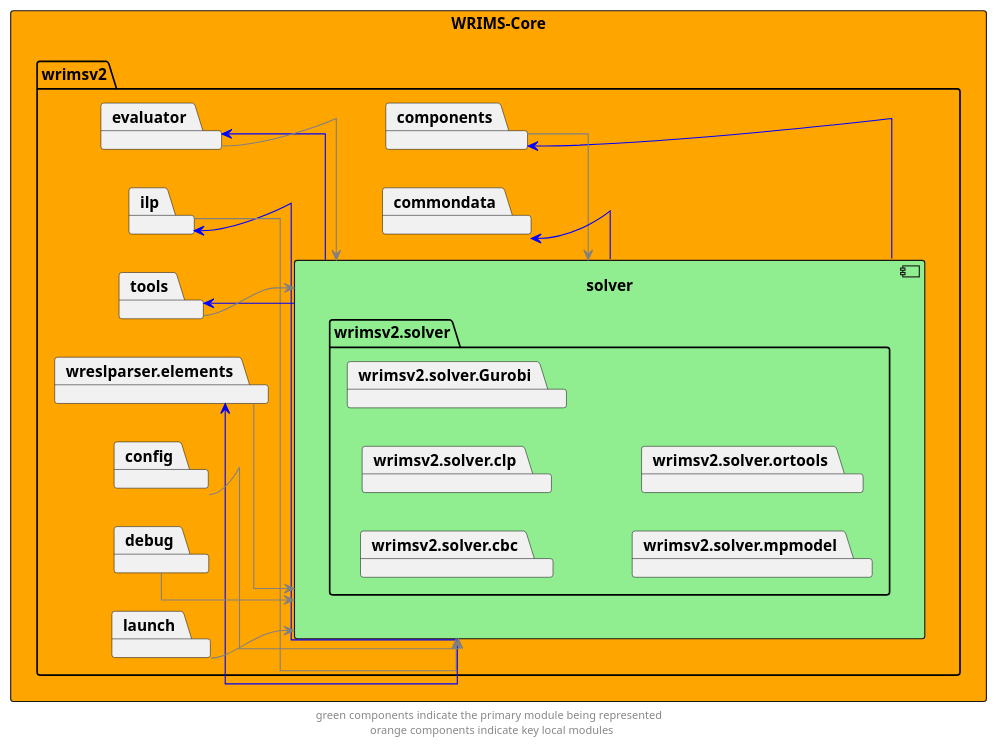
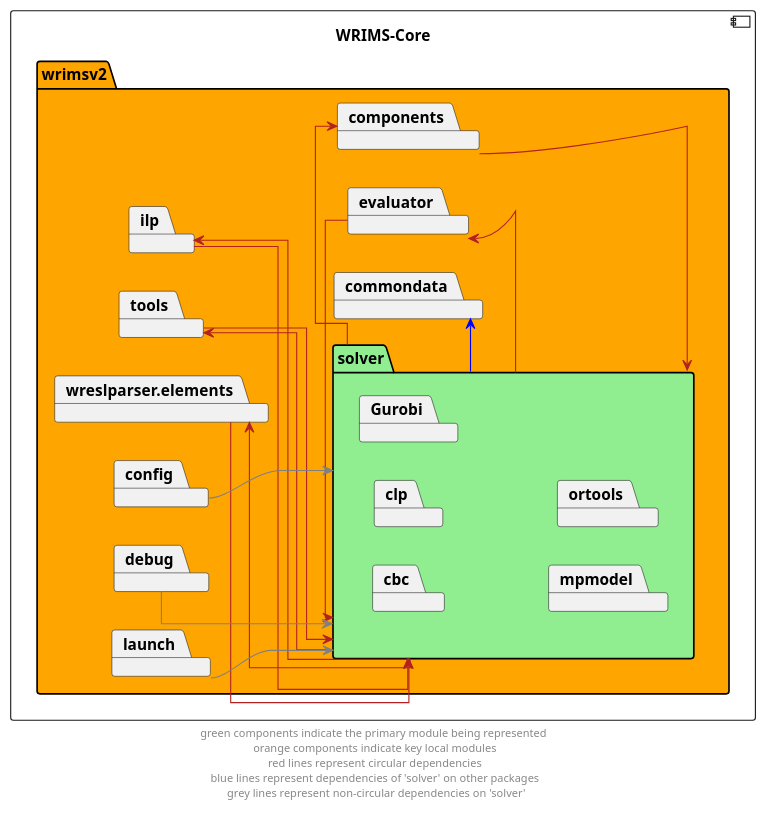
One commit to CentralValleyModeling/wrims changed the diagram in docs/diagrams/wrims-core/wrims-core_solver.puml. Above: the diagram before and after it, drawn with PlantUML. The commit also changed 63 other files, not shown here.

Commit message:
updated diagrams for improved consistency and legibility

```diff
--- a/docs/diagrams/wrims-core/wrims-core_solver.puml
+++ b/docs/diagrams/wrims-core/wrims-core_solver.puml
@@ -1,54 +1,47 @@
 @startuml
 left to right direction
 skinparam linetype ortho
 
-rectangle wrims_core as "WRIMS-Core" #orange {
-        package wrimsv2{
-            package solver {
-                component solver #lightgreen {
-                    package wrimsv2.solver{
-                    package wrimsv2.solver.cbc
-                    package wrimsv2.solver.clp
-                    package wrimsv2.solver.Gurobi
-                    package wrimsv2.solver.mpmodel
-                    package wrimsv2.solver.ortools
-                }
-            }
+component wrims_core as "WRIMS-Core"{
+    package wrimsv2 #orange {
+        package solver #lightgreen {
+            package cbc
+            package clp
+            package Gurobi
+            package mpmodel
+            package ortools
         }
         package commondata
         package components
         package evaluator
         package ilp
         package tools
         package wreslparser.elements
-
-
         package config
         package debug
-
         package launch
     }
 }
 
-solver -left->  components #blue
-components -left-> solver #grey
-solver -left->  evaluator #blue
-evaluator --> solver #grey
-solver -left->  ilp #blue
-ilp --> solver #grey
-solver -left->  tools #blue
-tools --> solver #grey
-solver -left->  wreslparser.elements #blue
-wreslparser.elements --> solver #grey
+solver -left->  components #firebrick
+components -left-> solver #firebrick
+solver -left->  evaluator #firebrick
+evaluator -r-> solver #firebrick
+solver -left->  ilp #firebrick
+ilp --> solver #firebrick
+solver -left->  tools #firebrick
+tools --> solver #firebrick
+solver -left->  wreslparser.elements #firebrick
+wreslparser.elements --> solver #firebrick
 
 solver -left->  commondata #blue
 
 config --> solver #grey
 debug --> solver #grey
 launch --> solver #grey
 
 ' The following relationships are hidden and used to format the diagram. They do not represent actual dependencies.
 'debug -r[hidden]-> evaluator
 
-footer "green components indicate the primary module being represented \n orange components indicate key local modules"
+footer "green components indicate the primary module being represented \n orange components indicate key local modules \n red lines represent circular dependencies \n blue lines represent dependencies of 'solver' on other packages \n grey lines represent non-circular dependencies on 'solver'"
 @enduml
```
